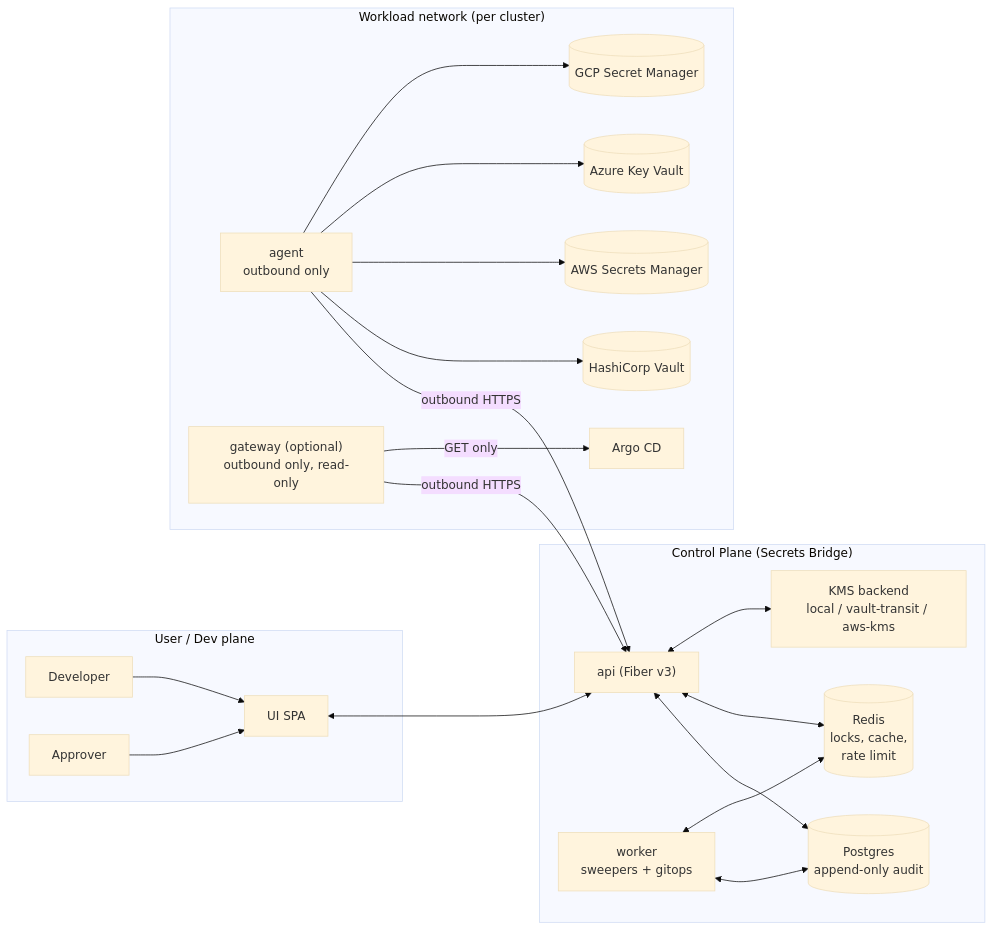
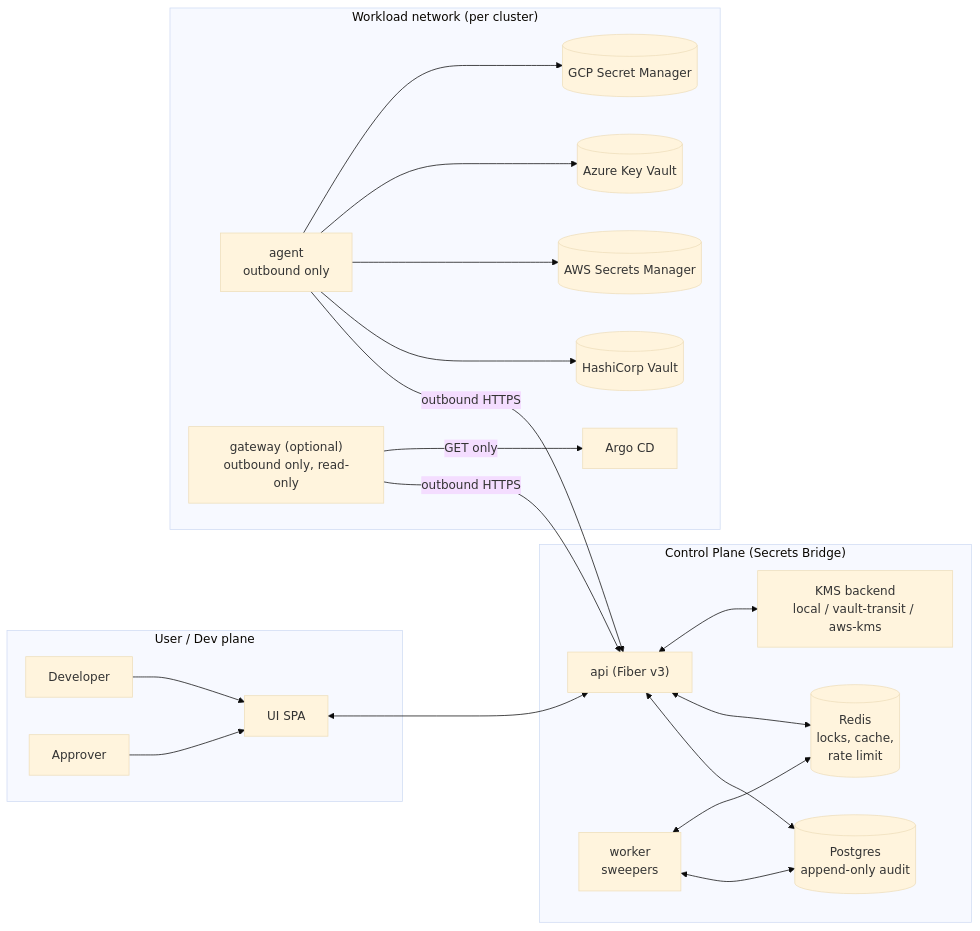
One commit to secrets-bridge/docs changed the first of 5 diagrams in docs/overview/architecture.md. Above: the diagram before and after it, drawn with Mermaid (base theme). The commit also changed other lines of this file and 17 other files, not shown here.

````diff
--- a/docs/overview/architecture.md
+++ b/docs/overview/architecture.md
@@ -12,42 +12,42 @@
 ```mermaid
 flowchart LR
     subgraph user_plane ["User / Dev plane"]
         UI["UI SPA"]
         Dev["Developer"]
         Approver["Approver"]
         Dev --> UI
         Approver --> UI
     end
 
     subgraph control_plane ["Control Plane (Secrets Bridge)"]
         API["api (Fiber v3)"]
         Postgres[("Postgres<br/>append-only audit")]
         Redis[("Redis<br/>locks, cache,<br/>rate limit")]
-        Worker["worker<br/>sweepers + gitops"]
+        Worker["worker<br/>sweepers"]
         KMS["KMS backend<br/>local / vault-transit / aws-kms"]
     end
 
     subgraph workload ["Workload network (per cluster)"]
         Agent["agent<br/>outbound only"]
         Gateway["gateway (optional)<br/>outbound only, read-only"]
         ArgoCD["Argo CD"]
         Vault[("HashiCorp Vault")]
         AWSSM[("AWS Secrets Manager")]
         AzureKV[("Azure Key Vault")]
         GCPSM[("GCP Secret Manager")]
     end
 
     UI <--> API
     API <--> Postgres
     API <--> Redis
     API <--> KMS
     Worker <--> Postgres
     Worker <--> Redis
     Agent -->|"outbound HTTPS"| API
     Agent --> Vault
     Agent --> AWSSM
     Agent --> AzureKV
     Agent --> GCPSM
     Gateway -->|"outbound HTTPS"| API
     Gateway -->|"GET only"| ArgoCD
 ```
````
